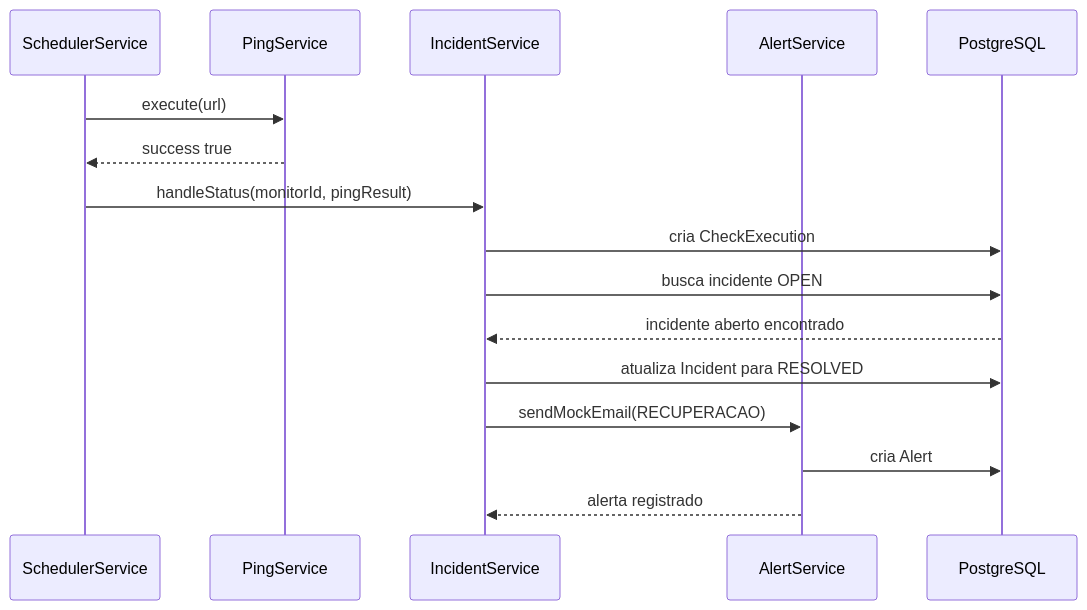
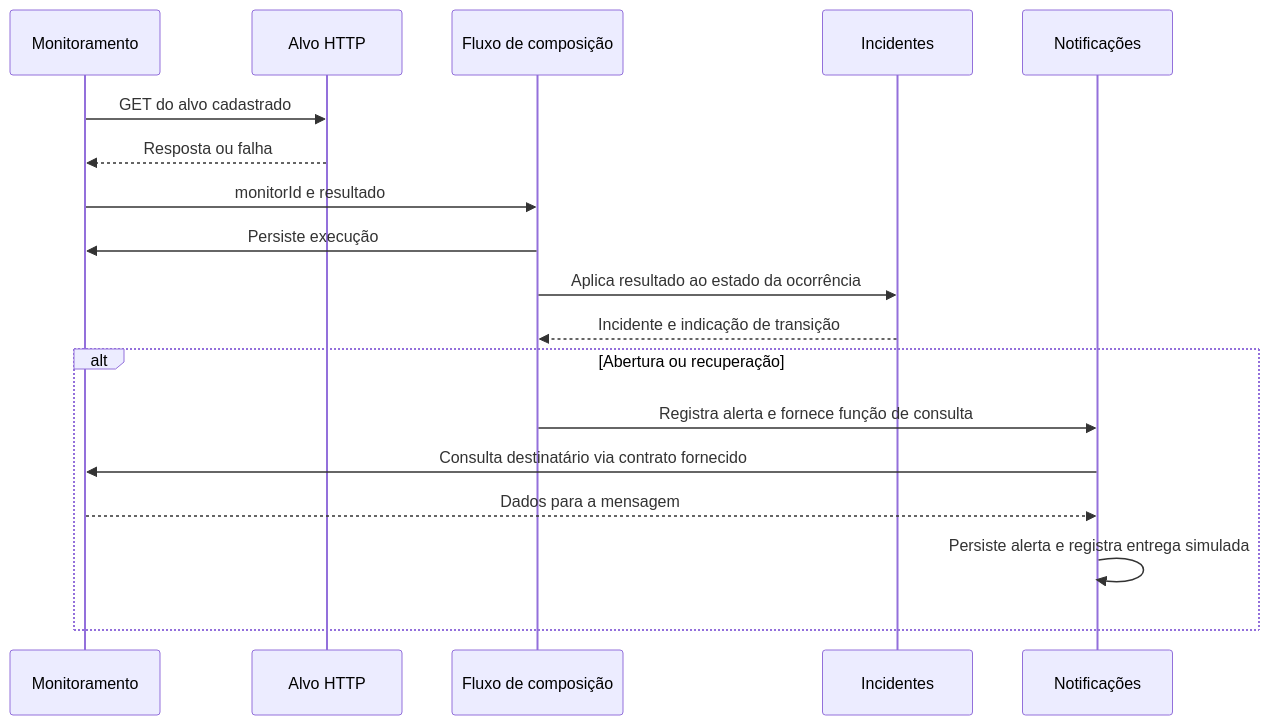
The diagram in docs/services.md (danieLx77/uptime-core-PI), drawn with Mermaid before and after one commit. The commit also changed other lines of this file and 8 other files, not shown here.

````diff
--- a/docs/services.md
+++ b/docs/services.md
@@ -452,19 +9,20 @@
 ```mermaid
 sequenceDiagram
-    participant Scheduler as SchedulerService
-    participant Ping as PingService
-    participant Incident as IncidentService
-    participant Alert as AlertService
-    participant DB as PostgreSQL
-
-    Scheduler->>Ping: execute(url)
-    Ping-->>Scheduler: success true
-    Scheduler->>Incident: handleStatus(monitorId, pingResult)
-    Incident->>DB: cria CheckExecution
-    Incident->>DB: busca incidente OPEN
-    DB-->>Incident: incidente aberto encontrado
-    Incident->>DB: atualiza Incident para RESOLVED
-    Incident->>Alert: sendMockEmail(RECUPERACAO)
-    Alert->>DB: cria Alert
-    Alert-->>Incident: alerta registrado
+    participant M as Monitoramento
+    participant A as Alvo HTTP
+    participant F as Fluxo de composição
+    participant I as Incidentes
+    participant N as Notificações
+    M->>A: GET do alvo cadastrado
+    A-->>M: Resposta ou falha
+    M->>F: monitorId e resultado
+    F->>M: Persiste execução
+    F->>I: Aplica resultado ao estado da ocorrência
+    I-->>F: Incidente e indicação de transição
+    alt Abertura ou recuperação
+        F->>N: Registra alerta e fornece função de consulta
+        N->>M: Consulta destinatário via contrato fornecido
+        M-->>N: Dados para a mensagem
+        N->>N: Persiste alerta e registra entrega simulada
+    end
 ```
````
